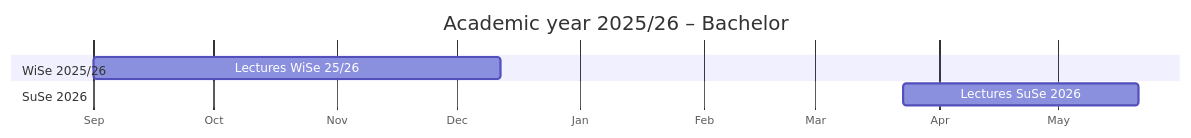
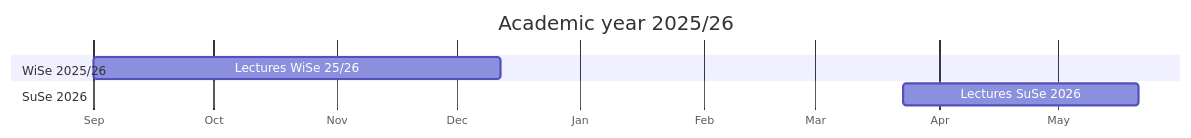
The diagram in teaching/index.qmd (fs-ise/handbook), drawn with Mermaid before and after one commit. The commit also changed 3 other files, not shown here.

````diff
--- a/teaching/index.qmd
+++ b/teaching/index.qmd
@@ -17,16 +17,16 @@
 ```{mermaid}
 ---
 displayMode: compact
 ---
 gantt
-    title Academic year 2025/26 – Bachelor
+    title Academic year 2025/26
     dateFormat  YYYY-MM-DD
     axisFormat %b
 
     section WiSe 2025/26
     Lectures WiSe 25/26           :w2, 2025-09-01, 2025-12-12
 
     section SuSe 2026
     Lectures SuSe 2026            :s1, 2026-03-23, 2026-05-21
 
 ```
````
